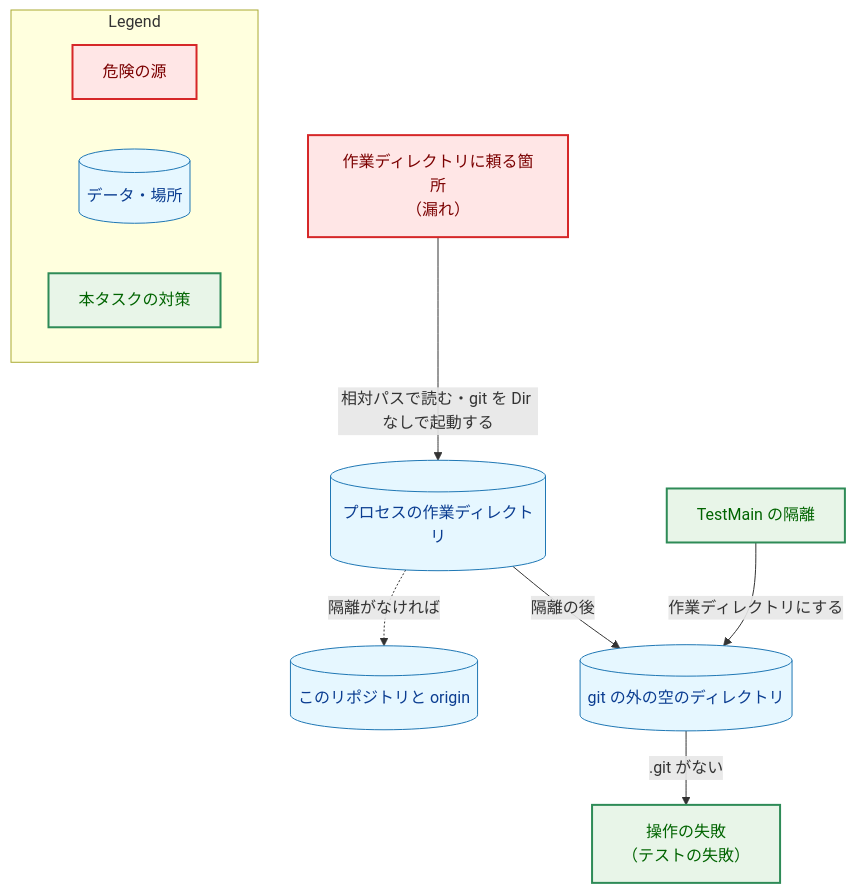
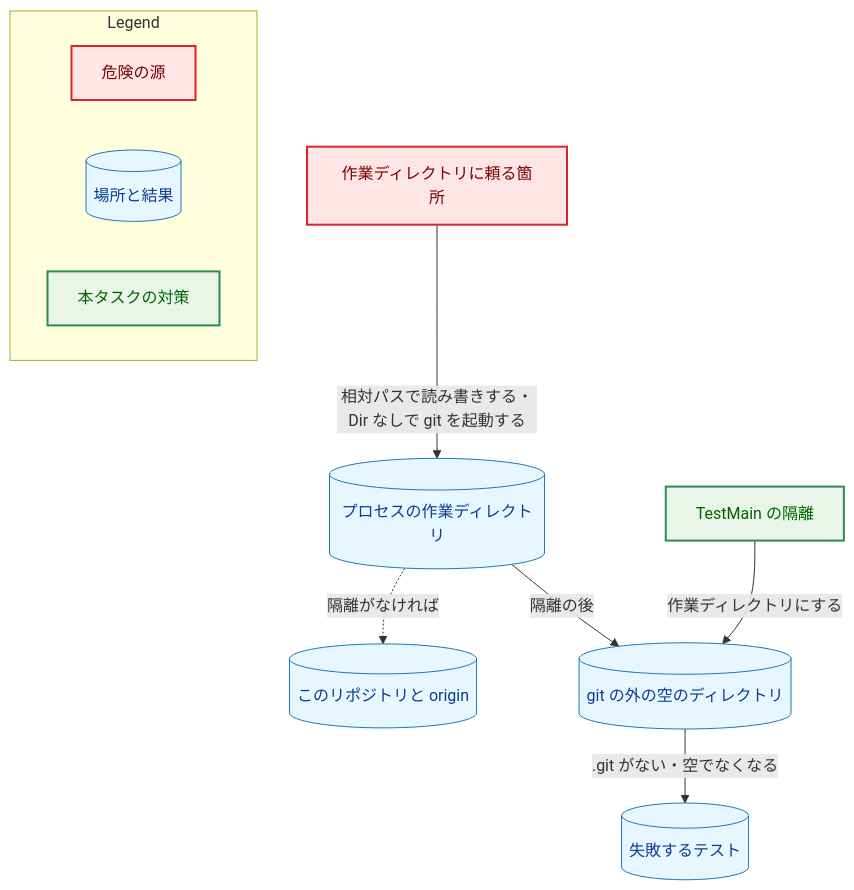
The fourth of 5 diagrams in docs/tasks/0126_fixprguard_test_speedup/02_architecture.md (isseis/yt2column), drawn with Mermaid before and after one commit. The commit also changed other lines of this file, not shown here.

First line of the commit message:
docs(0126): address the architecture review and polish the Japanese prose

````diff
--- a/docs/tasks/0126_fixprguard_test_speedup/02_architecture.md
+++ b/docs/tasks/0126_fixprguard_test_speedup/02_architecture.md
@@ -358,32 +400,32 @@
 ```mermaid
 flowchart TD
     classDef data fill:#e6f7ff,stroke:#1f77b4,stroke-width:1px,color:#0b3d91;
     classDef enhanced fill:#e8f5e8,stroke:#2e8b57,stroke-width:2px,color:#006400;
     classDef problem fill:#ffe6e6,stroke:#d62728,stroke-width:2px,color:#7b0000;
 
-    LEAK["作業ディレクトリに頼る箇所<br>（漏れ）"]
+    LEAK["作業ディレクトリに頼る箇所"]
     CWD[("プロセスの作業ディレクトリ")]
     REPO[("このリポジトリと origin")]
     ISO["TestMain の隔離"]
     EMPTY[("git の外の空のディレクトリ")]
-    FAIL["操作の失敗<br>（テストの失敗）"]
+    FAIL[("失敗するテスト")]
 
-    LEAK -->|"相対パスで読む・git を Dir なしで起動する"| CWD
+    LEAK -->|"相対パスで読み書きする・Dir なしで git を起動する"| CWD
     CWD -.->|"隔離がなければ"| REPO
     ISO -->|"作業ディレクトリにする"| EMPTY
     CWD -->|"隔離の後"| EMPTY
-    EMPTY -->|".git がない"| FAIL
+    EMPTY -->|".git がない・空でなくなる"| FAIL
 
     class LEAK problem
-    class REPO,CWD,EMPTY data
-    class ISO,FAIL enhanced
+    class REPO,CWD,EMPTY,FAIL data
+    class ISO enhanced
 
     subgraph Legend["Legend"]
         L1["危険の源"]
-        L2[("データ・場所")]
+        L2[("場所と結果")]
         L3["本タスクの対策"]
     end
     class L1 problem
     class L2 data
     class L3 enhanced
 ```
````
